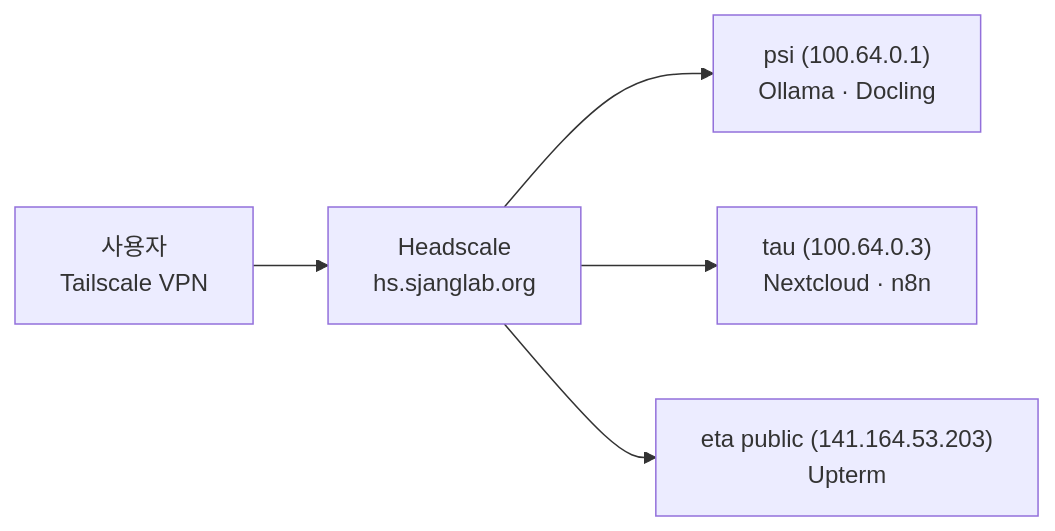
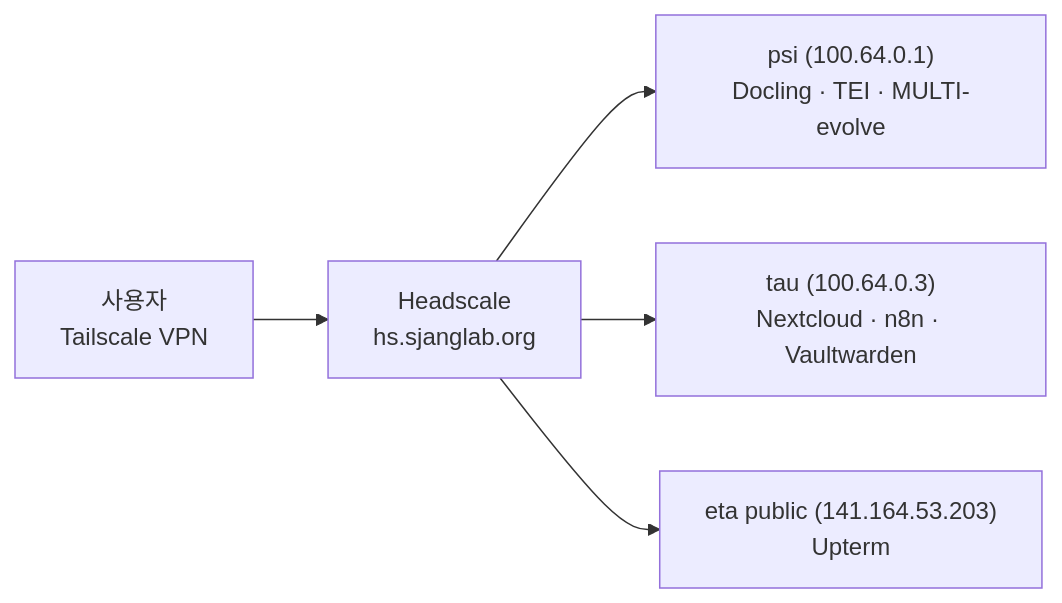
One commit to SBEE-Lab/infra changed the diagram in docs/guide/vpn-setup.md. Above: the diagram before and after it, drawn with Mermaid. The commit also changed other lines of this file and 18 other files, not shown here.

````diff
--- a/docs/guide/vpn-setup.md
+++ b/docs/guide/vpn-setup.md
@@ -122,7 +122,7 @@
 ```mermaid
 flowchart LR
   user["사용자<br/>Tailscale VPN"] --> hs["Headscale<br/>hs.sjanglab.org"]
-  hs --> psi["psi (100.64.0.1)<br/>Ollama · Docling"]
-  hs --> tau["tau (100.64.0.3)<br/>Nextcloud · n8n"]
+  hs --> psi["psi (100.64.0.1)<br/>Docling · TEI · MULTI-evolve"]
+  hs --> tau["tau (100.64.0.3)<br/>Nextcloud · n8n · Vaultwarden"]
   hs --> eta_pub["eta public (141.164.53.203)<br/>Upterm"]
 ```
````
